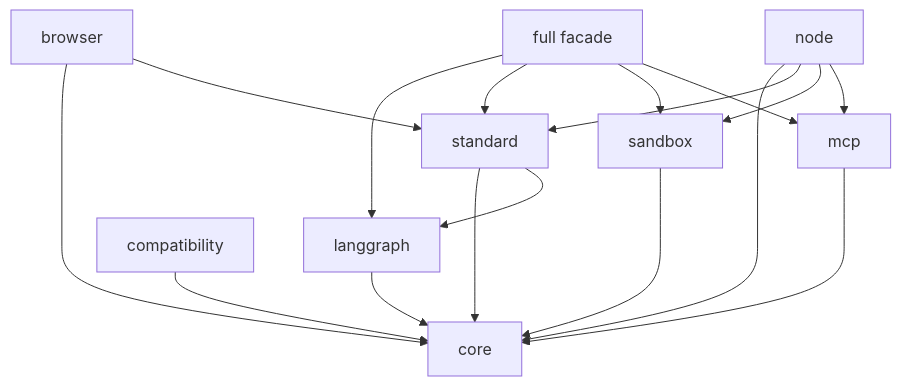
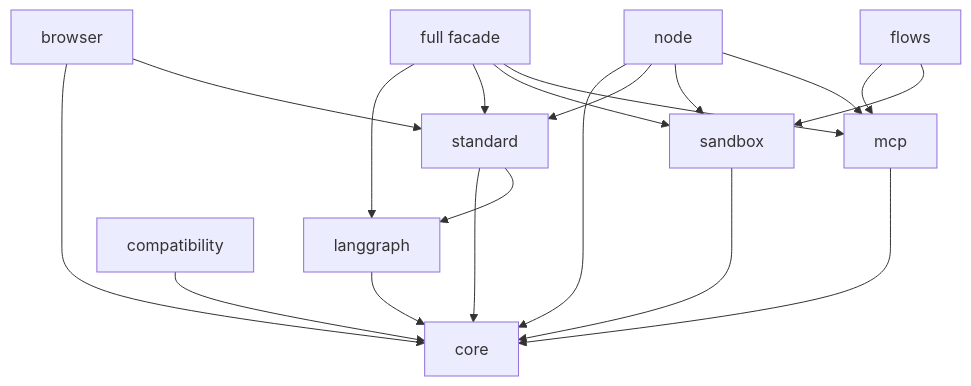
Before and after one commit to zrg-team/memorall: the second of 4 diagrams in docs/agent-harness-architecture.md, drawn with Mermaid. The commit also changed other lines of this file and 583 other files, not shown here.

First line of the commit message:
perf(chat): fast streaming, MCP on the shared harness client, flows-core rename (#36)

````diff
--- a/docs/agent-harness-architecture.md
+++ b/docs/agent-harness-architecture.md
@@ -117,20 +118,22 @@
 ```mermaid
 flowchart TD
     Core["core"]
     Graph["langgraph"] --> Core
     Standard["standard"] --> Core
     Standard --> Graph
     Sandbox["sandbox"] --> Core
     MCP["mcp"] --> Core
     Browser["browser"] --> Core
     Browser --> Standard
     Node["node"] --> Core
     Node --> Standard
     Node --> Sandbox
     Node --> MCP
     Compat["compatibility"] --> Core
+    Flows["flows"] --> MCP
+    Flows --> Sandbox
     Full["full facade"] --> Graph
     Full --> Standard
     Full --> Sandbox
     Full --> MCP
 ```
````
